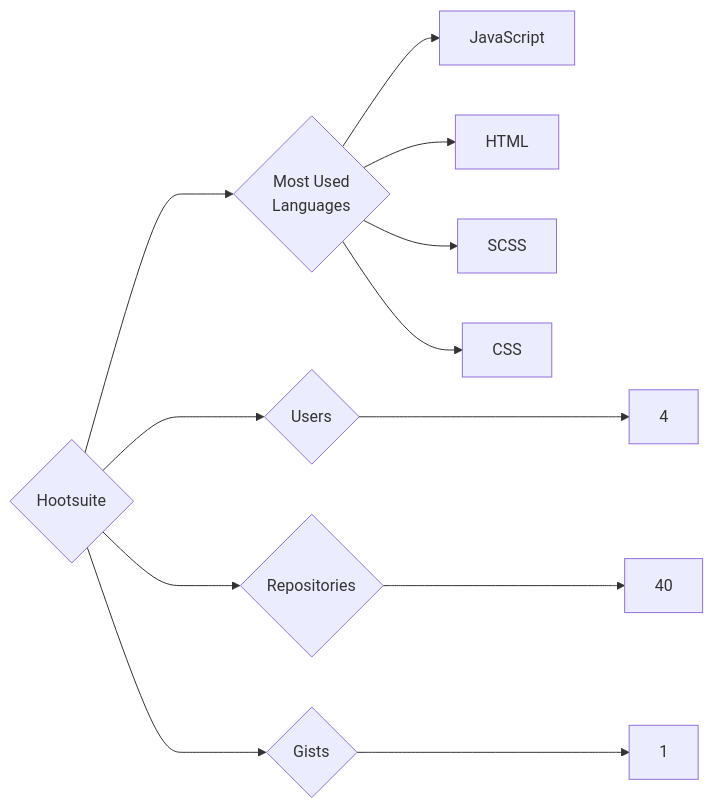
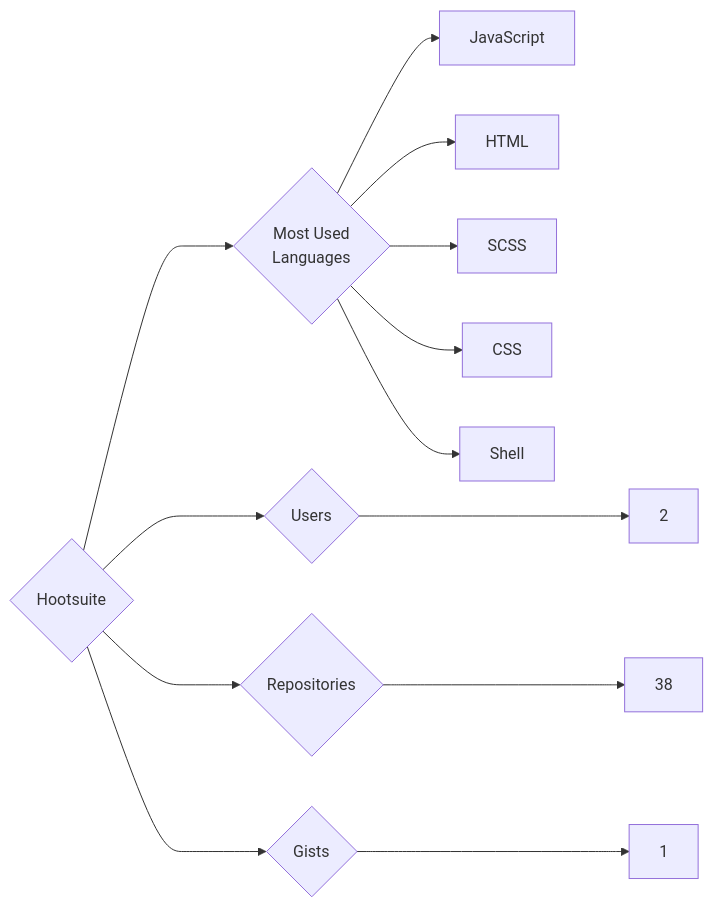
The diagram in targets/Hootsuite/README.md (trickest/insiders), drawn with Mermaid before and after one commit. The commit also changed 1036 other files, not shown here.

````diff
--- a/targets/Hootsuite/README.md
+++ b/targets/Hootsuite/README.md
@@ -3,12 +3,13 @@
 ```mermaid
 graph LR
 COMPANY_NAME{Hootsuite}
-COMPANY_NAME ---> U{Users} ---> UN[4]
-COMPANY_NAME ---> R{Repositories} ---> RN[40]
+COMPANY_NAME ---> U{Users} ---> UN[2]
+COMPANY_NAME ---> R{Repositories} ---> RN[38]
 COMPANY_NAME ---> G{Gists} ---> GN[1]
 COMPANY_NAME ---> ML{Most Used<br>Languages}
 ML --> JavaScript[JavaScript]
 ML --> HTML[HTML]
 ML --> SCSS[SCSS]
 ML --> CSS[CSS]
+ML --> Shell[Shell]
 ```
````
